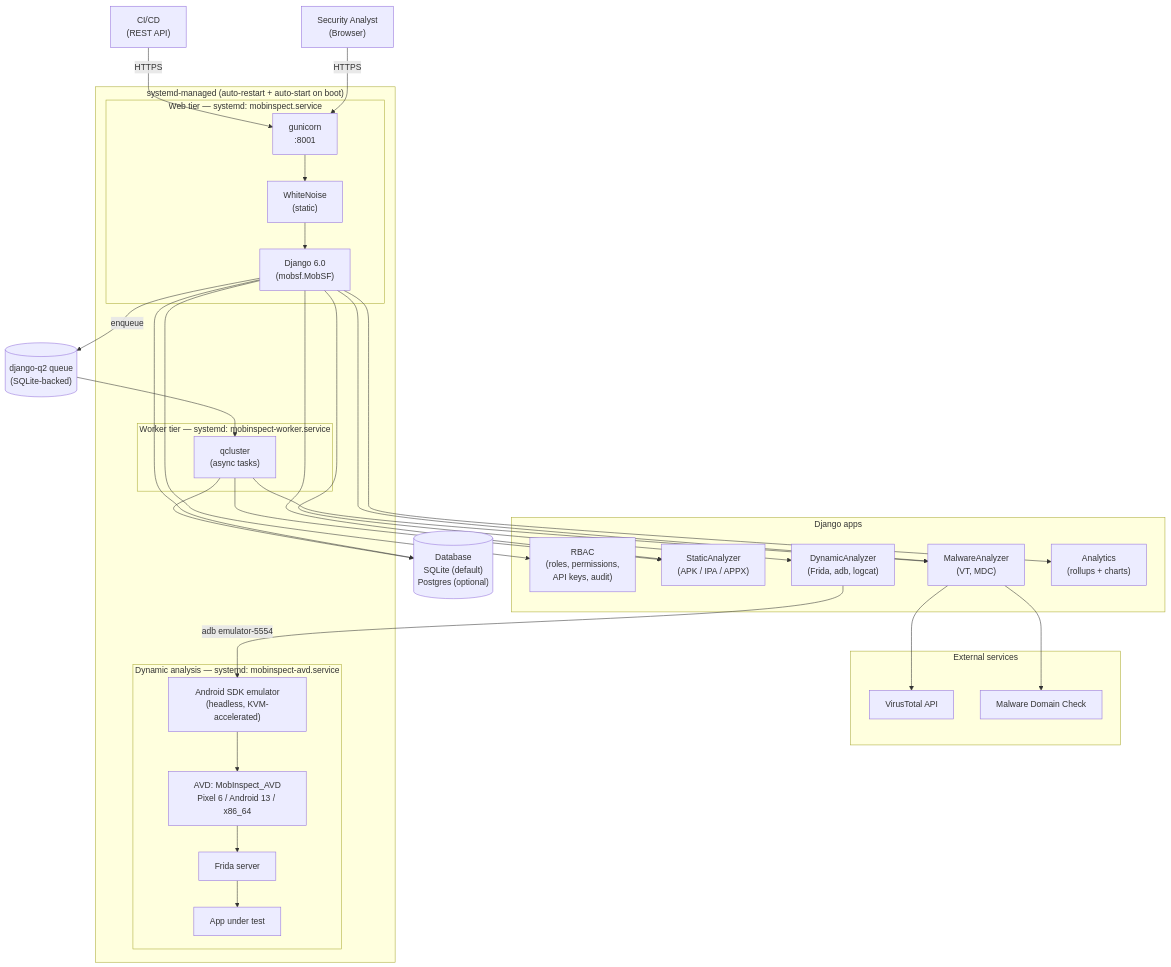
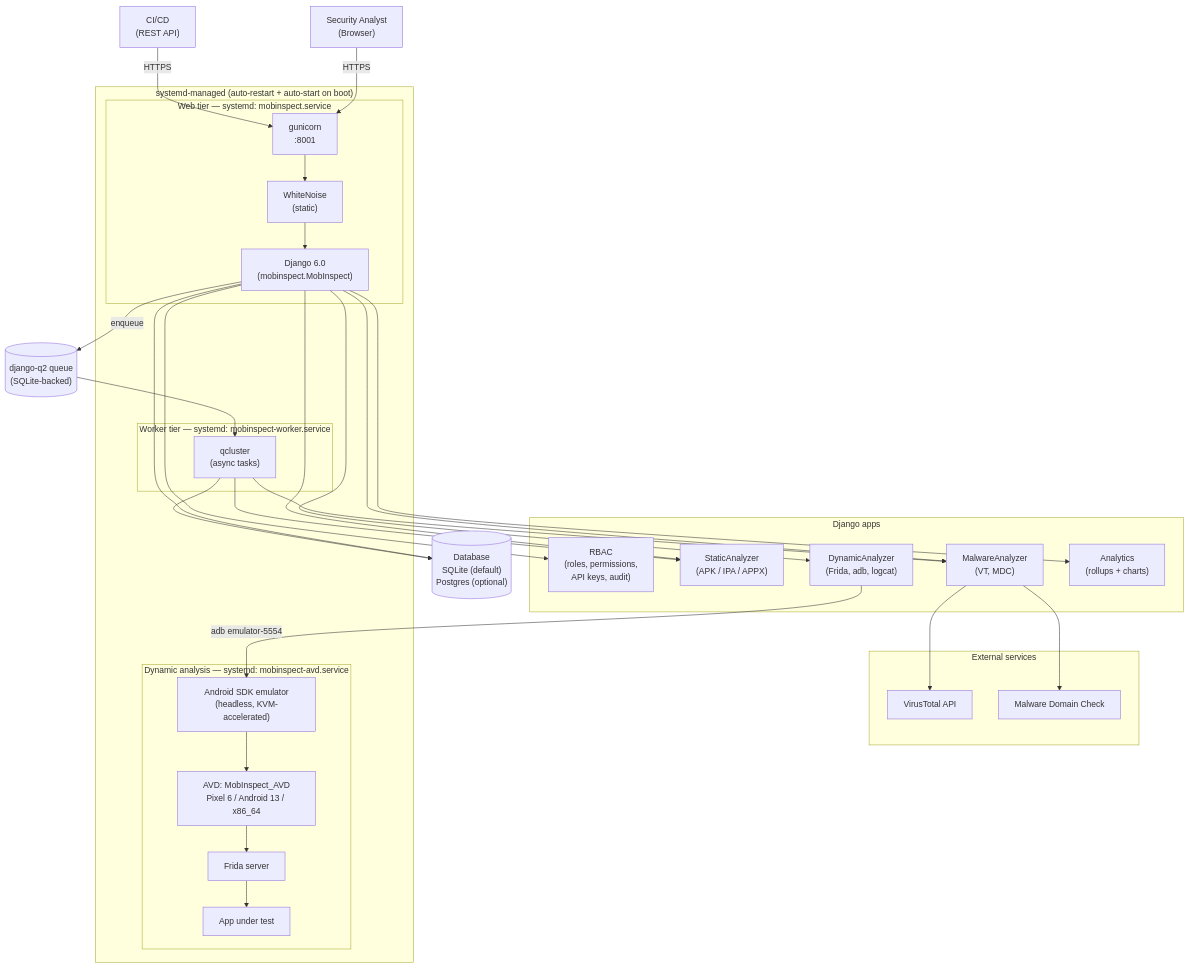
One commit to appdirsdev/mobinspect changed the diagram in README.md. Above: the diagram before and after it, drawn with Mermaid. The commit also changed other lines of this file and 935 other files, not shown here.

First line of the commit message:
Full de-brand: rename package mobsf -> mobinspect; purge MobSF/author refs; v5.1.0

````diff
--- a/README.md
+++ b/README.md
@@ -9,63 +9,63 @@
 ```mermaid
 flowchart TB
     user["Security Analyst<br/>(Browser)"]
     api_user["CI/CD<br/>(REST API)"]
 
     user -->|HTTPS| gunicorn
     api_user -->|HTTPS| gunicorn
 
     subgraph web["Web tier — systemd: mobinspect.service"]
         gunicorn["gunicorn<br/>:8001"]
         whitenoise["WhiteNoise<br/>(static)"]
-        django["Django 6.0<br/>(mobsf.MobSF)"]
+        django["Django 6.0<br/>(mobinspect.MobInspect)"]
         gunicorn --> whitenoise --> django
     end
 
     subgraph apps["Django apps"]
         rbac["RBAC<br/>(roles, permissions,<br/>API keys, audit)"]
         static_an["StaticAnalyzer<br/>(APK / IPA / APPX)"]
         dynamic_an["DynamicAnalyzer<br/>(Frida, adb, logcat)"]
         malware_an["MalwareAnalyzer<br/>(VT, MDC)"]
         analytics["Analytics<br/>(rollups + charts)"]
     end
 
     django --> rbac
     django --> static_an
     django --> dynamic_an
     django --> malware_an
     django --> analytics
 
     django -- enqueue --> queue[("django-q2 queue<br/>(SQLite-backed)")]
 
     subgraph worker["Worker tier — systemd: mobinspect-worker.service"]
         qcluster["qcluster<br/>(async tasks)"]
     end
     queue --> qcluster
     qcluster --> static_an
     qcluster --> malware_an
 
     django --> db[("Database<br/>SQLite (default)<br/>Postgres (optional)")]
     qcluster --> db
 
     subgraph dyn_runtime["Dynamic analysis — systemd: mobinspect-avd.service"]
         emulator["Android SDK emulator<br/>(headless, KVM-accelerated)"]
         avd["AVD: MobInspect_AVD<br/>Pixel 6 / Android 13 / x86_64"]
         frida["Frida server"]
         target["App under test"]
         emulator --> avd --> frida --> target
     end
     dynamic_an -->|adb emulator-5554| emulator
 
     subgraph external["External services"]
         vt["VirusTotal API"]
         mdc["Malware Domain Check"]
     end
     malware_an --> vt
     malware_an --> mdc
 
     subgraph systemd["systemd-managed (auto-restart + auto-start on boot)"]
         web
         worker
         dyn_runtime
     end
 ```
````
